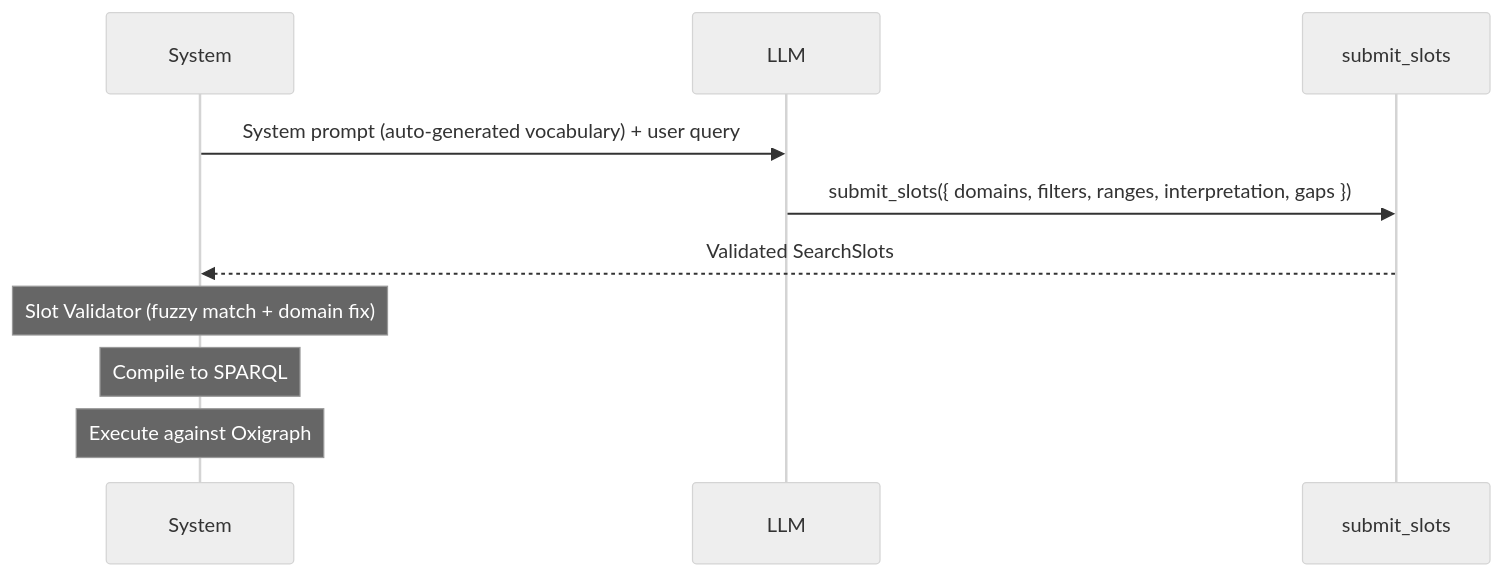
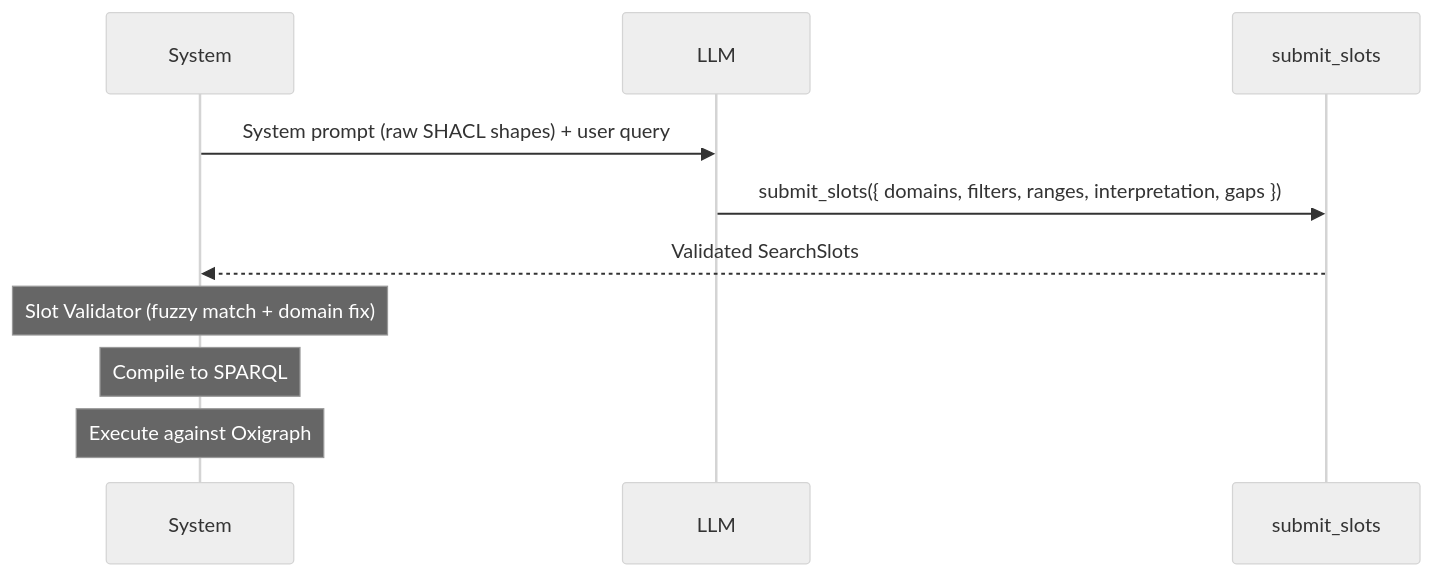
One commit to ASCS-eV/ontology-based-nl-search changed the first of 3 diagrams in apps/docs/agent.md. Above: the diagram before and after it, drawn with Mermaid (neutral theme). The commit also changed other lines of this file and 11 other files, not shown here.

First line of the commit message:
feat: replace vocabulary tables with raw SHACL injection in LLM prompt

````diff
--- a/apps/docs/agent.md
+++ b/apps/docs/agent.md
@@ -9,13 +9,13 @@
 ```mermaid
 sequenceDiagram
     participant S as System
     participant L as LLM
     participant T as submit_slots
 
-    S->>L: System prompt (auto-generated vocabulary) + user query
+    S->>L: System prompt (raw SHACL shapes) + user query
     L->>T: submit_slots({ domains, filters, ranges, interpretation, gaps })
     T-->>S: Validated SearchSlots
     Note over S: Slot Validator (fuzzy match + domain fix)
     Note over S: Compile to SPARQL
     Note over S: Execute against Oxigraph
 ```
````
